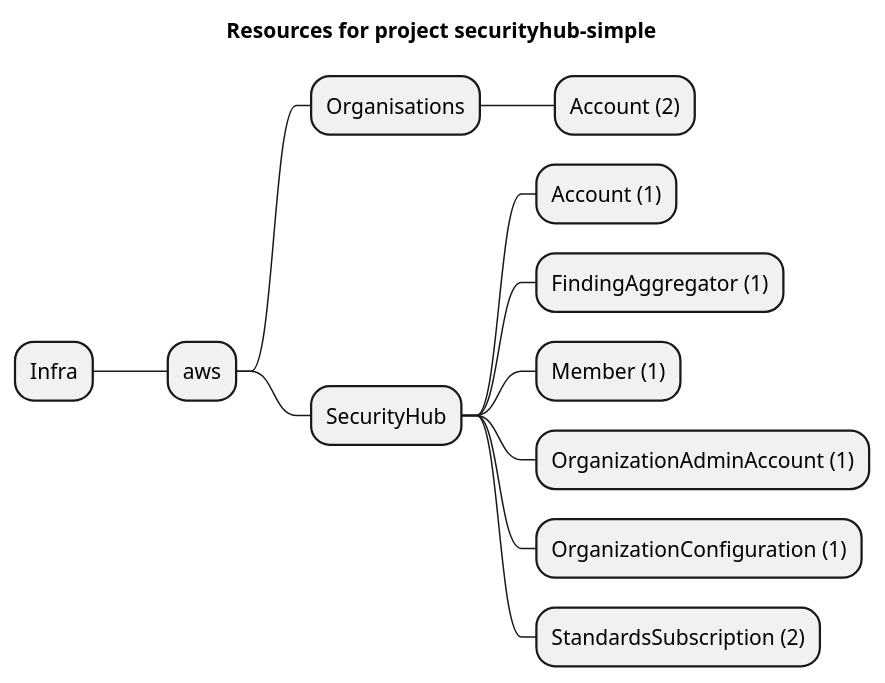
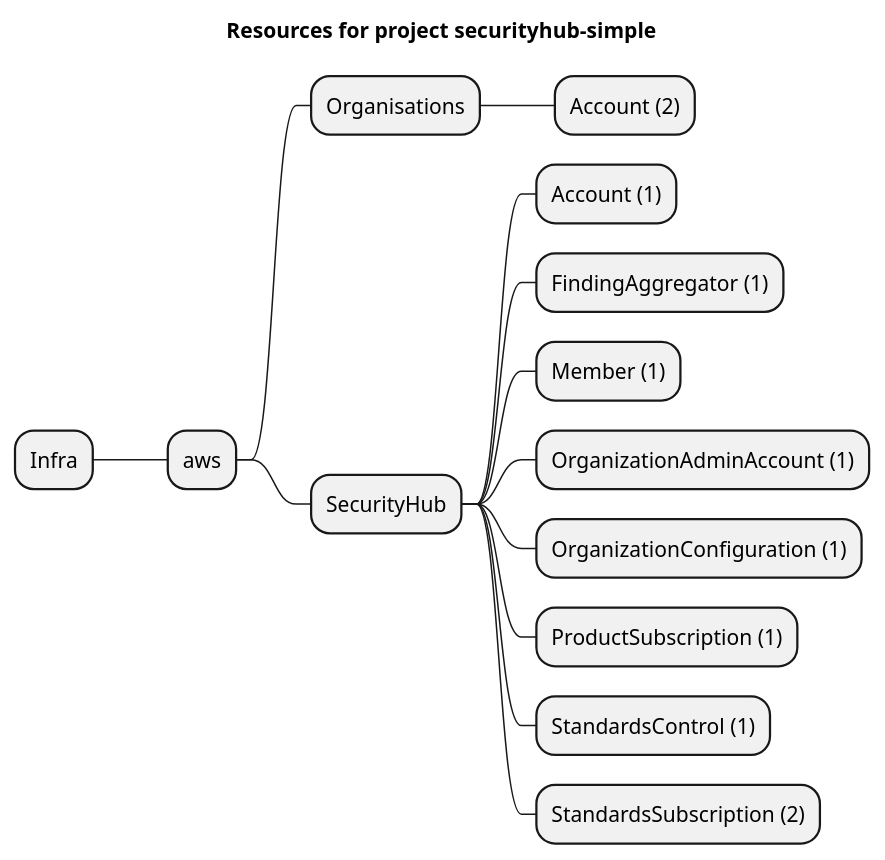
One commit to grucloud/grucloud changed the diagram in examples/aws/SecurityHub/securityhub-simple/artifacts/resources-mindmap.puml. Above: the diagram before and after it, drawn with PlantUML. The commit also changed 11 other files, not shown here.

Commit message:
SecurityHubStandardsControl

```diff
--- a/examples/aws/SecurityHub/securityhub-simple/artifacts/resources-mindmap.puml
+++ b/examples/aws/SecurityHub/securityhub-simple/artifacts/resources-mindmap.puml
@@ -1,15 +1,17 @@
 @startmindmap
 title Resources for project securityhub-simple
 skinparam monochrome true
 + Infra
 ++ aws
 +++ Organisations
 ++++ Account (2)
 +++ SecurityHub
 ++++ Account (1)
 ++++ FindingAggregator (1)
 ++++ Member (1)
 ++++ OrganizationAdminAccount (1)
 ++++ OrganizationConfiguration (1)
+++++ ProductSubscription (1)
+++++ StandardsControl (1)
 ++++ StandardsSubscription (2)
 @endmindmap
```
